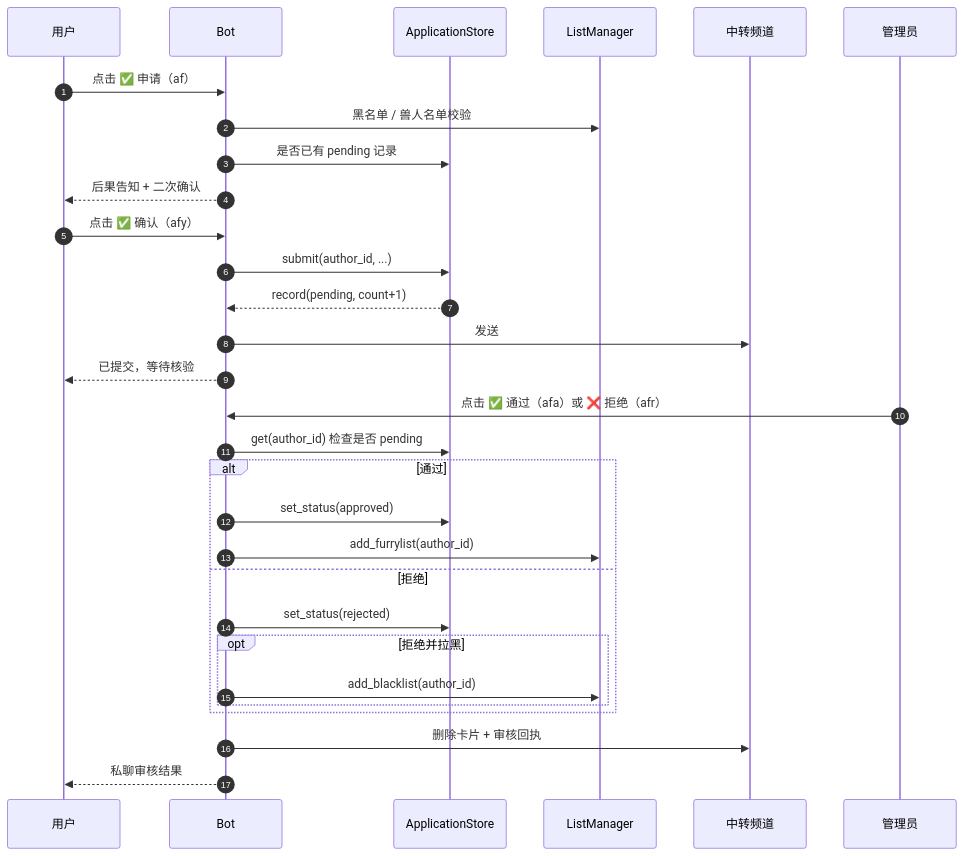
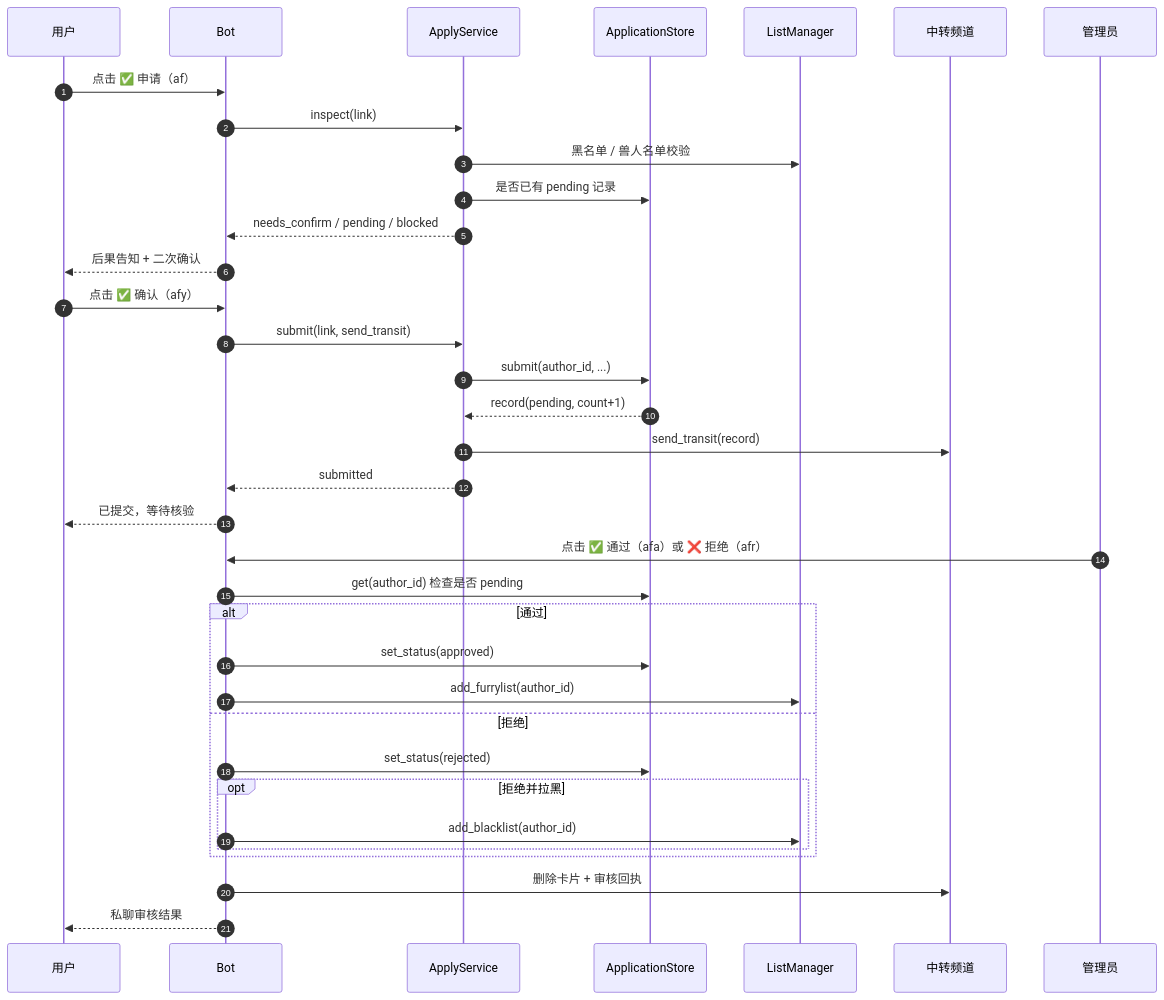
The third of 6 diagrams in docs/03-项目架构说明.md (DowneyRem/FurryReadingBot), drawn with Mermaid before and after one commit. The commit also changed other lines of this file and 8 other files, not shown here.

Commit message:
Service：拆分 apply_service

````diff
--- a/docs/03-项目架构说明.md
+++ b/docs/03-项目架构说明.md
@@ -233,33 +236,38 @@
 ```mermaid
 sequenceDiagram
     autonumber
     participant U as 用户
     participant B as Bot
+    participant ASVC as ApplyService
     participant A as ApplicationStore
     participant L as ListManager
     participant T as 中转频道
     participant M as 管理员
 
     U->>B: 点击 ✅ 申请（af）
-    B->>L: 黑名单 / 兽人名单校验
-    B->>A: 是否已有 pending 记录
+    B->>ASVC: inspect(link)
+    ASVC->>L: 黑名单 / 兽人名单校验
+    ASVC->>A: 是否已有 pending 记录
+    ASVC-->>B: needs_confirm / pending / blocked
     B-->>U: 后果告知 + 二次确认
     U->>B: 点击 ✅ 确认（afy）
-    B->>A: submit(author_id, ...)
-    A-->>B: record(pending, count+1)
-    B->>T: 发送 #兽人作者申请 卡片
+    B->>ASVC: submit(link, send_transit)
+    ASVC->>A: submit(author_id, ...)
+    A-->>ASVC: record(pending, count+1)
+    ASVC->>T: send_transit(record)
+    ASVC-->>B: submitted
     B-->>U: 已提交，等待核验
     M->>B: 点击 ✅ 通过（afa）或 ❌ 拒绝（afr）
     B->>A: get(author_id) 检查是否 pending
     alt 通过
         B->>A: set_status(approved)
         B->>L: add_furrylist(author_id)
     else 拒绝
         B->>A: set_status(rejected)
         opt 拒绝并拉黑
             B->>L: add_blacklist(author_id)
         end
     end
     B->>T: 删除卡片 + 审核回执
     B-->>U: 私聊审核结果
 ```
````
